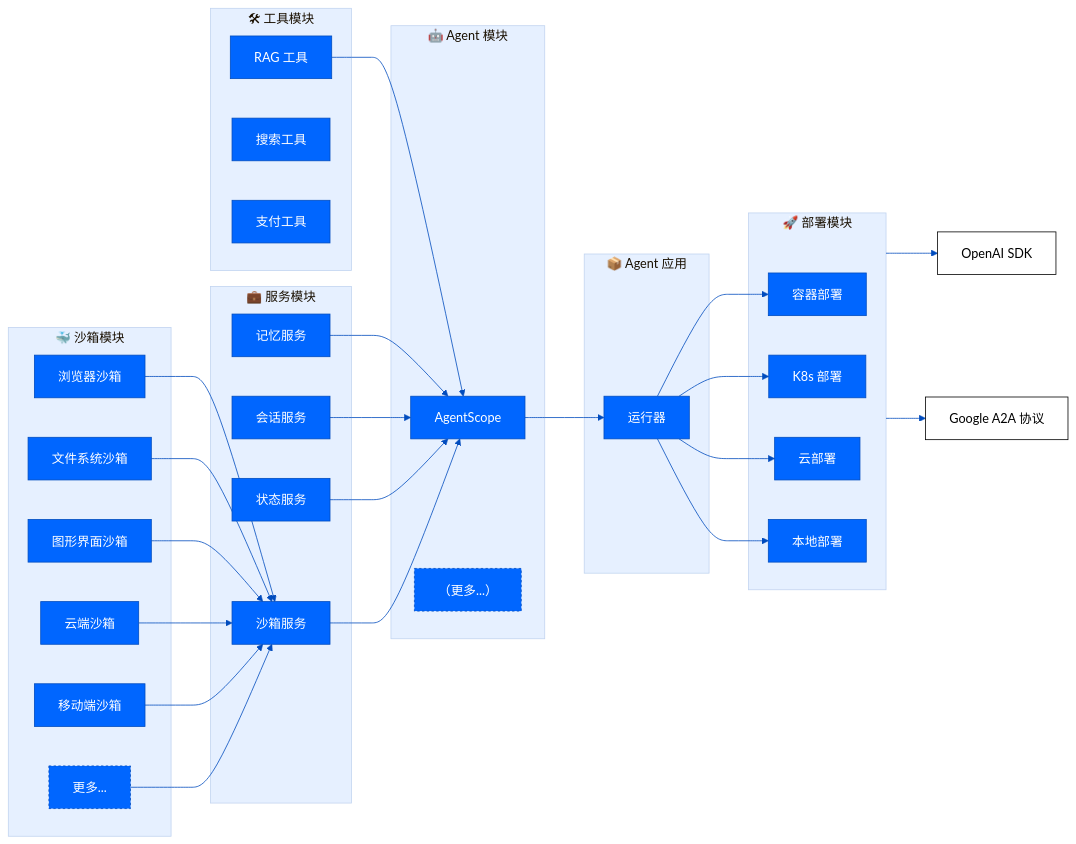
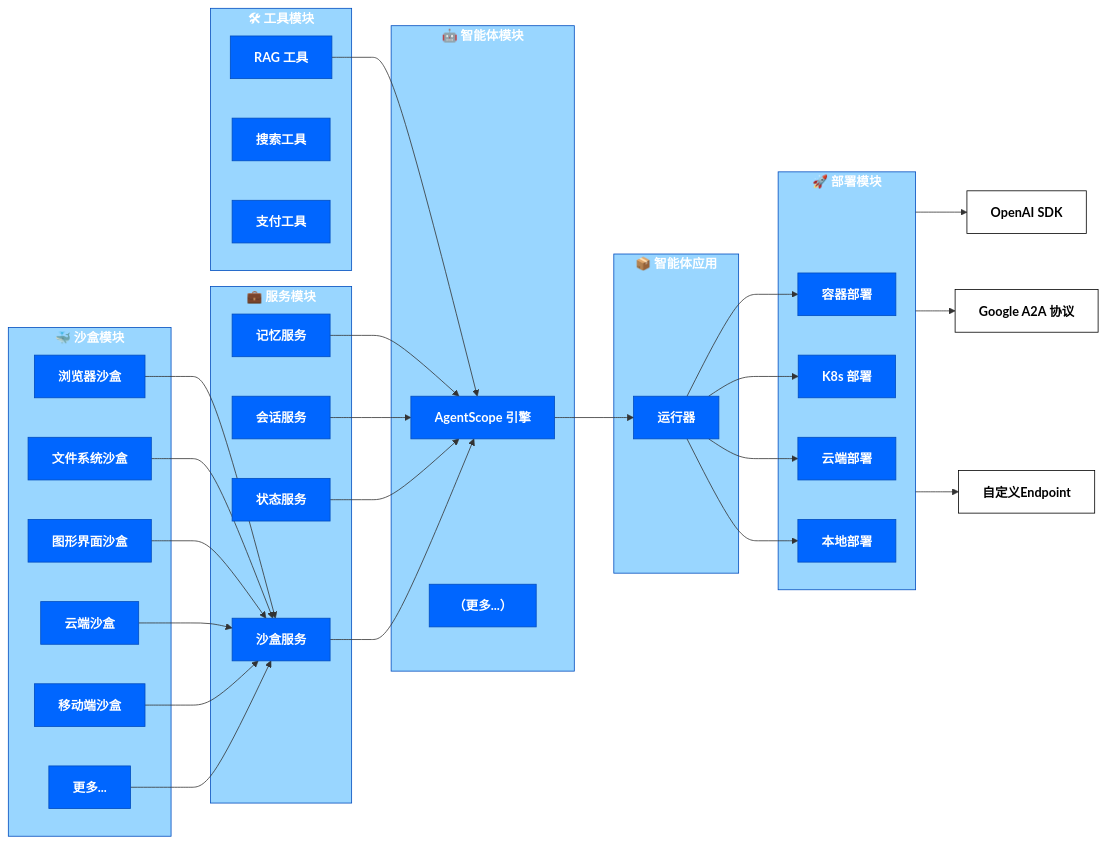
The diagram in cookbook/zh/concept.md (rayrayraykk/agentscope-runtime), drawn with Mermaid before and after one commit. The commit also changed other lines of this file and 3 other files, not shown here.

````diff
--- a/cookbook/zh/concept.md
+++ b/cookbook/zh/concept.md
@@ -9,18 +23,4 @@
-```mermaid
-%%{
-  init: {
-    'theme': 'base',
-    'themeVariables': {
-      'primaryColor': '#0066FF',
-      'primaryTextColor': '#FFFFFF',
-      'primaryBorderColor': '#004CBE',
-      'lineColor': '#004CBE',
-      'secondaryColor': '#0066FF',
-      'tertiaryColor': '#E6F0FF',
-      'nodeBorder': '#004CBE'
-    }
-  }
-}%%
+```{mermaid}
 flowchart LR
     %% 工具模块
     subgraph Tools["🛠 工具模块"]
@@ -34,27 +34,27 @@
         MS["记忆服务"]
         SS["会话服务"]
         STS["状态服务"]
-        SBS["沙箱服务"]
+        SBS["沙盒服务"]
     end
 
-    %% 沙箱模块
-    subgraph Sandbox["🐳 沙箱模块"]
-        BS["浏览器沙箱"]
-        FS["文件系统沙箱"]
-        GS["图形界面沙箱"]
-        CSB["云端沙箱"]
-        MSB["移动端沙箱"]
-        ETC["更多..."]:::note
+    %% 沙盒模块
+    subgraph Sandbox["🐳 沙盒模块"]
+        BS["浏览器沙盒"]
+        FS["文件系统沙盒"]
+        GS["图形界面沙盒"]
+        CSB["云端沙盒"]
+        MSB["移动端沙盒"]
+        ETC["更多..."]
     end
 
-    %% Agent 模块
-    subgraph Agent["🤖 Agent 模块"]
-        AG["AgentScope"]
-        AG_NOTE["（更多...）"]:::note
+    %% 智能体模块
+    subgraph Agent["🤖 智能体模块"]
+        AG["AgentScope 引擎"]
+        AG_NOTE["（更多...）"]
     end
 
     %% 应用层
-    subgraph AgentAPP["📦 Agent 应用"]
+    subgraph AgentAPP["📦 智能体应用"]
         RA["运行器"]
     end
 
@@ -62,13 +62,14 @@
     subgraph Deployer["🚀 部署模块"]
         CT["容器部署"]
         KD["K8s 部署"]
-        DP["云部署"]
+        DP["云端部署"]
         LD["本地部署"]
     end
 
-    %% 外部协议（白底黑字）
+    %% 外部协议
     OAI["OpenAI SDK"]:::ext
     A2A["Google A2A 协议"]:::ext
+    CUS["自定义Endpoint"]:::ext
 
     %% 内部连接
     RT --> AG
@@ -89,12 +90,17 @@
     RA --> DP
     RA --> LD
 
-    %% 部署连接到外部协议
+    %% 部署模块连接外部协议
     Deployer --> OAI
     Deployer --> A2A
+    Deployer --> CUS
 
-    %% 样式
-    classDef ext fill:#FFFFFF,stroke:#000000,color:#000000
-    classDef note fill:#0066FF,stroke:#004CBE,color:#FFFFFF,stroke-dasharray: 3 3
+    %% 样式定义
+    classDef small fill:#0066FF,stroke:#004CBE,color:#FFFFFF,font-weight:bold
+    classDef big fill:#99D6FF,stroke:#004CBE,color:#FFFFFF,font-weight:bold
+    classDef ext fill:#FFFFFF,stroke:#000000,color:#000000,font-weight:bold
+
+    class Tools,Service,Sandbox,Agent,AgentAPP,Deployer big
+    class RT,ST,PT,MS,SS,STS,SBS,BS,FS,GS,CSB,MSB,ETC,AG,AG_NOTE,RA,CT,KD,DP,LD small
 
 ```
````
